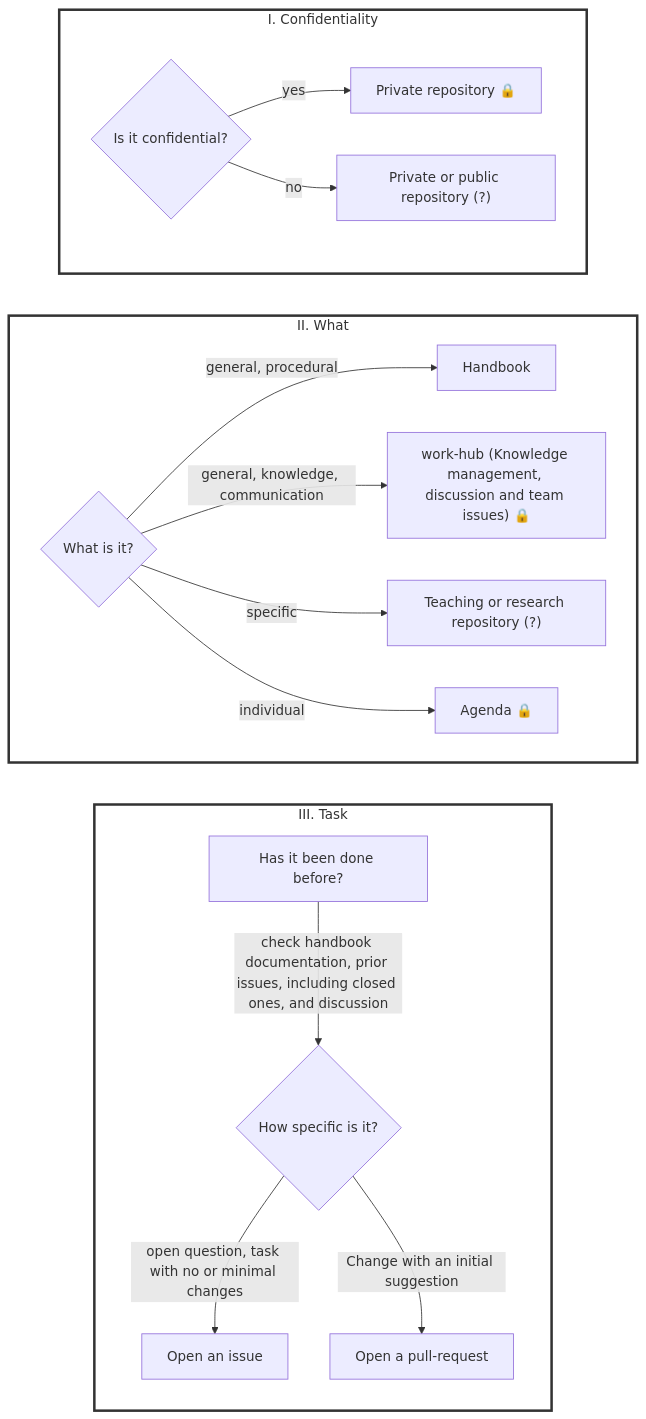
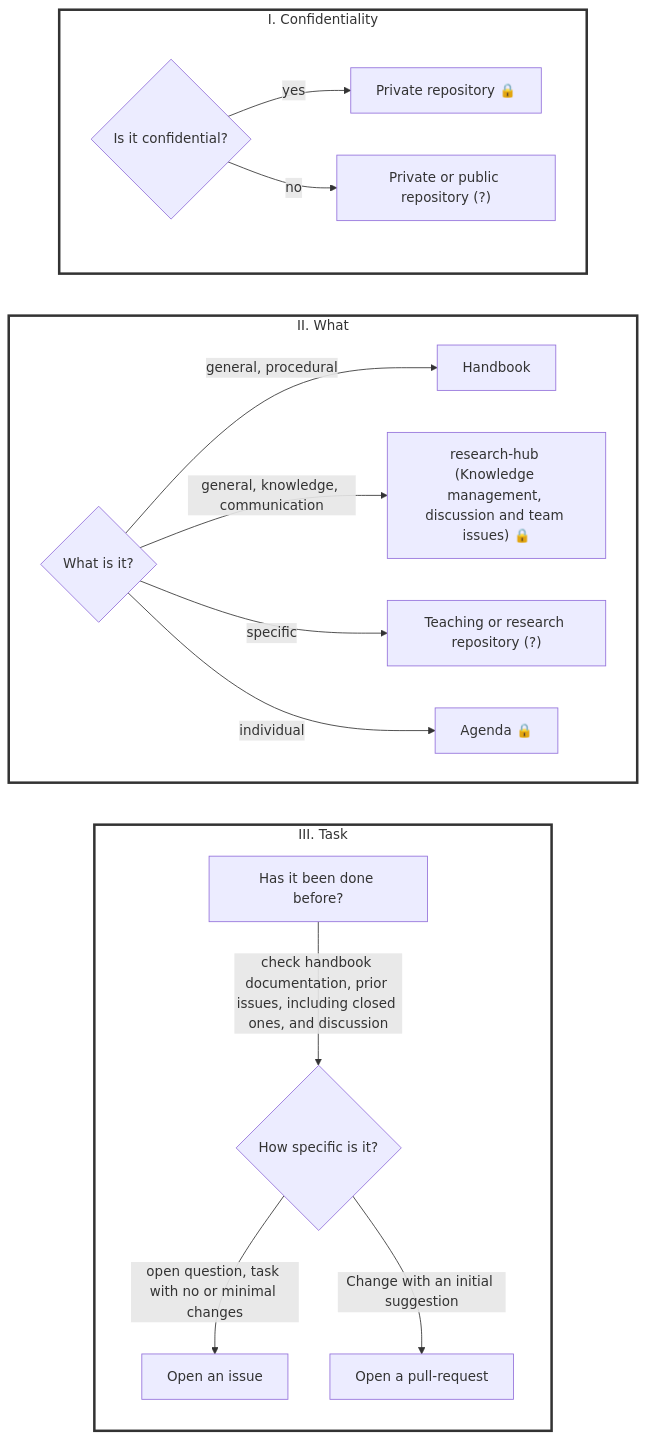
Before and after one commit to fs-ise/handbook: the second of 2 diagrams in management/sop.qmd, drawn with Mermaid. The commit also changed 5 other files, not shown here.

Commit message:
rename: work-hub > research-hub

````diff
--- a/management/sop.qmd
+++ b/management/sop.qmd
@@ -98,31 +98,31 @@
 ```{mermaid}
 flowchart LR
 
     subgraph task["III. Task"]
         U["Has it been done before?"] -->|check handbook documentation, prior issues, including closed ones, and discussion| J
         J{How specific is it?}
         J -->|open question, task with no or minimal changes| K["Open an issue"]
         J -->|Change with an initial suggestion| L["Open a pull-request"]
     end
 
     subgraph scope["II. What"]
         direction LR
         E{What is it?}
         E -->|general, procedural| F["Handbook"]
-        E -->|general, knowledge, communication| G["work-hub (Knowledge management, discussion and team issues) 🔒"]
+        E -->|general, knowledge, communication| G["research-hub (Knowledge management, discussion and team issues) 🔒"]
         E -->|specific| H["Teaching or research repository (?)"]
         E -->|individual| P["Agenda 🔒"]
 
     end
 
     subgraph confidentiality["I. Confidentiality"]
         direction LR
         B{Is it confidential?}
         B -->|yes| C["Private repository 🔒"]
         B -->|no| D["Private or public repository (?)"]
     end
 
     style task fill:white,stroke:#333,stroke-width:3px
     style scope fill:white,stroke:#333,stroke-width:3px
     style confidentiality fill:white,stroke:#333,stroke-width:3px
 ```
````
